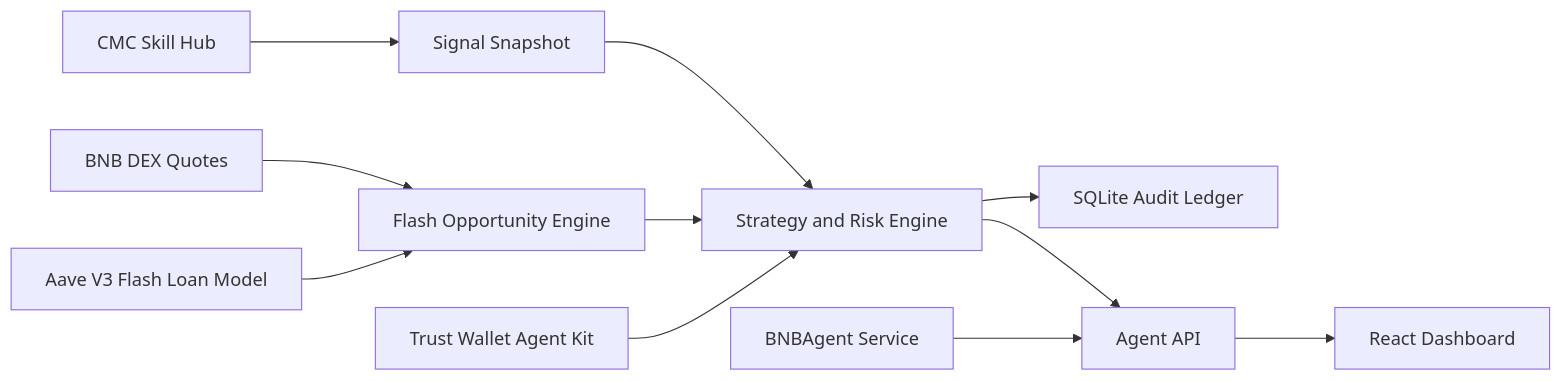
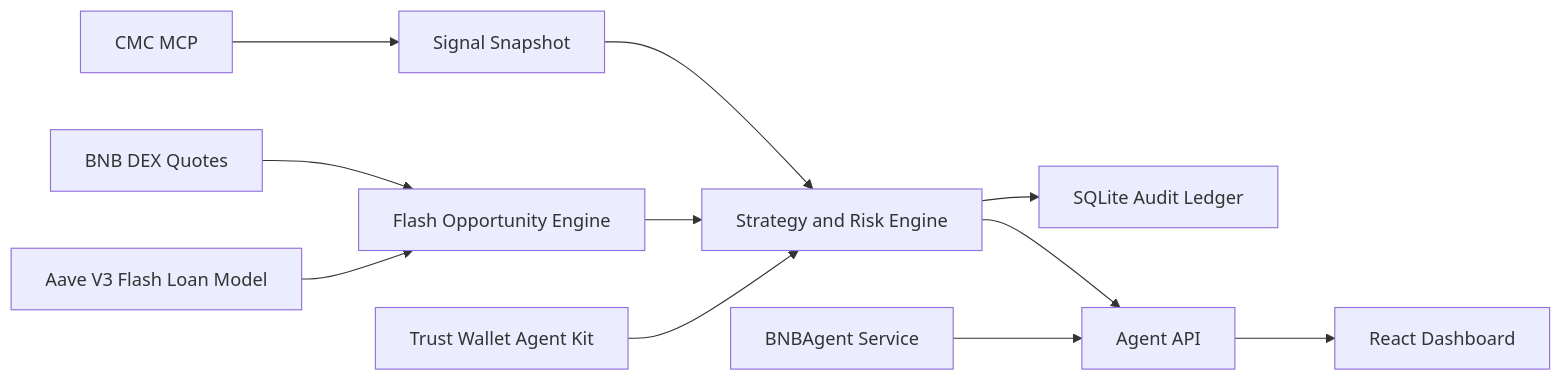
Before and after one commit to digitalmagic888/AI-Trading-Agent: the diagram in README.md, drawn with Mermaid. The commit also changed other lines of this file and 13 other files, not shown here.

Commit message:
fix: switch CMC integration to default MCP skill

````diff
--- a/README.md
+++ b/README.md
@@ -27,13 +27,13 @@
 ```mermaid
 flowchart LR
-  CMC[CMC Skill Hub] --> Signal[Signal Snapshot]
+  CMC[CMC MCP] --> Signal[Signal Snapshot]
   Signal --> Engine[Strategy and Risk Engine]
   DEX[BNB DEX Quotes] --> Flash[Flash Opportunity Engine]
   Aave[Aave V3 Flash Loan Model] --> Flash
   Flash --> Engine
   TWAK[Trust Wallet Agent Kit] --> Engine
   Engine --> Ledger[SQLite Audit Ledger]
   Engine --> API[Agent API]
   API --> Web[React Dashboard]
   BNB[BNBAgent Service] --> API
 ```
````
